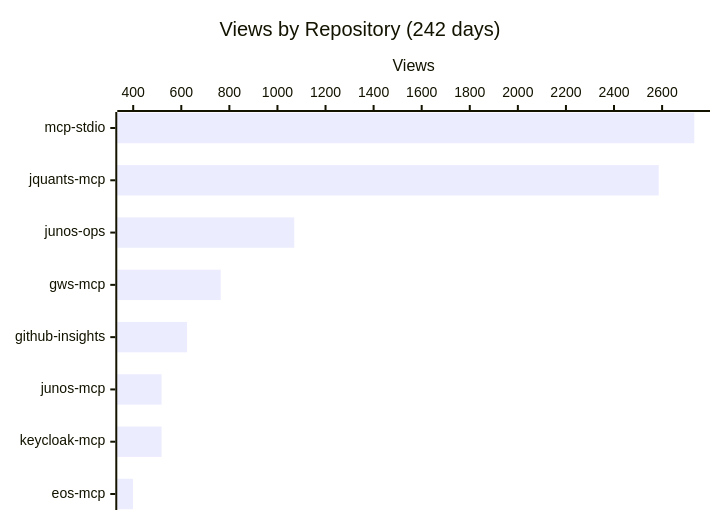
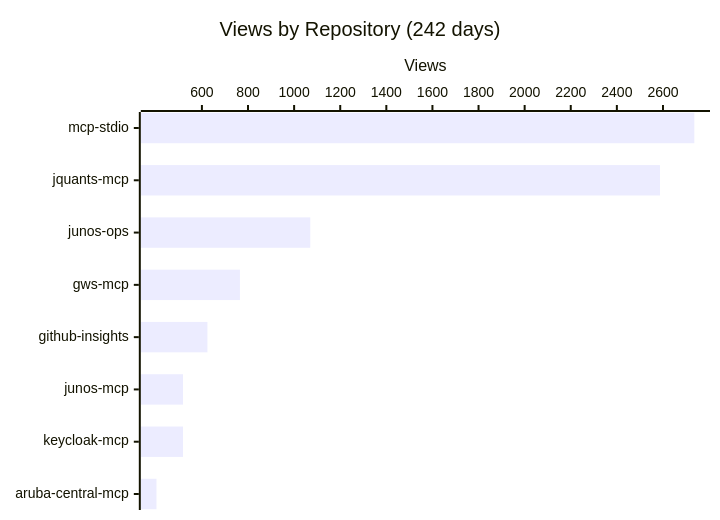
Before and after one commit to shigechika/github-insights: the first of 4 diagrams in README.md, drawn with Mermaid. The commit also changed other lines of this file and 1 other file, not shown here.

````diff
--- a/README.md
+++ b/README.md
@@ -18,7 +18,7 @@
 ```mermaid
 xychart-beta horizontal
     title "Views by Repository (242 days)"
-    x-axis ["mcp-stdio", "jquants-mcp", "junos-ops", "gws-mcp", "github-insights", "junos-mcp", "keycloak-mcp", "eos-mcp"]
+    x-axis ["mcp-stdio", "jquants-mcp", "junos-ops", "gws-mcp", "github-insights", "junos-mcp", "keycloak-mcp", "aruba-central-mcp"]
     y-axis "Views"
-    bar [2734, 2586, 1070, 764, 624, 518, 518, 399]
+    bar [2736, 2587, 1070, 765, 624, 518, 518, 403]
 ```
````
